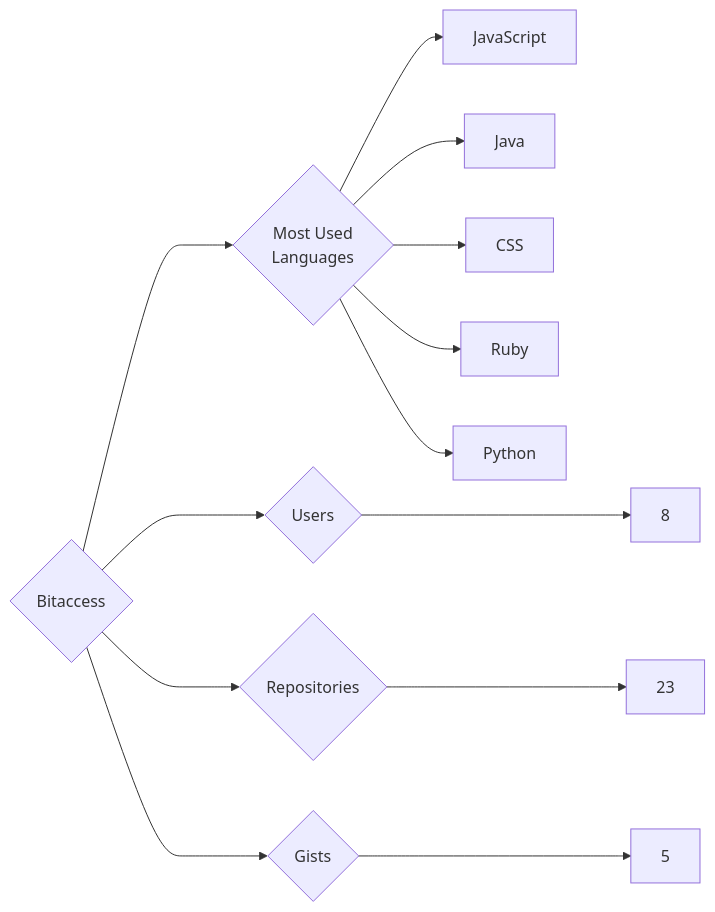
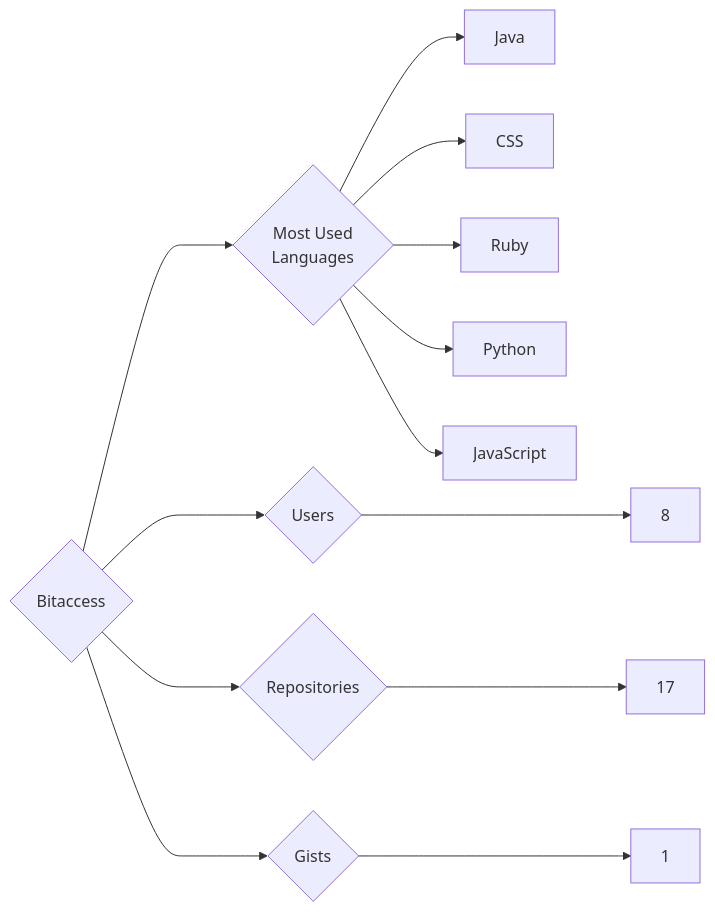
Before and after one commit to trickest/insiders: the diagram in targets/Bitaccess/README.md, drawn with Mermaid. The commit also changed 865 other files, not shown here.

````diff
--- a/targets/Bitaccess/README.md
+++ b/targets/Bitaccess/README.md
@@ -3,13 +3,13 @@
 ```mermaid
 graph LR
 COMPANY_NAME{Bitaccess}
 COMPANY_NAME ---> U{Users} ---> UN[8]
-COMPANY_NAME ---> R{Repositories} ---> RN[23]
-COMPANY_NAME ---> G{Gists} ---> GN[5]
+COMPANY_NAME ---> R{Repositories} ---> RN[17]
+COMPANY_NAME ---> G{Gists} ---> GN[1]
 COMPANY_NAME ---> ML{Most Used<br>Languages}
-ML --> JavaScript[JavaScript]
 ML --> Java[Java]
 ML --> CSS[CSS]
 ML --> Ruby[Ruby]
 ML --> Python[Python]
+ML --> JavaScript[JavaScript]
 ```
````
